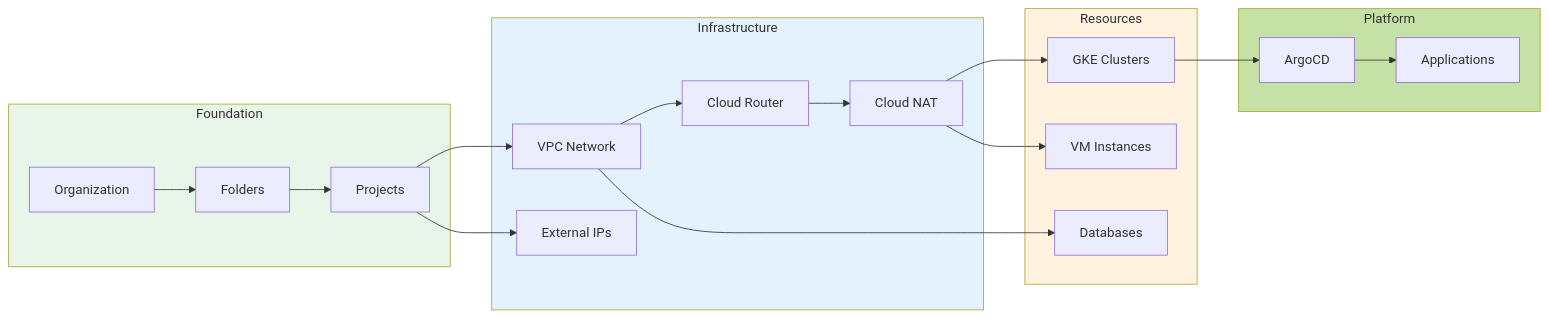
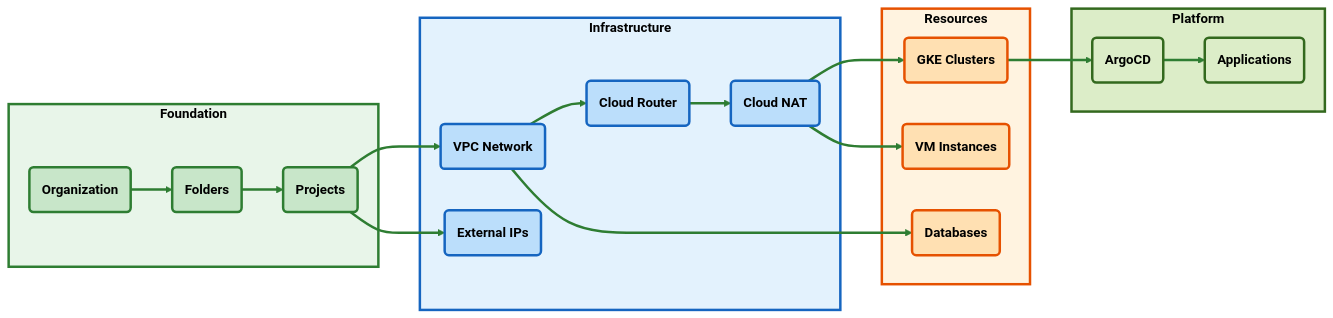
Before and after one commit to spolspol/terragrunt-gcp-org-automation: the fifth of 7 diagrams in docs/ARCHITECTURE_DIAGRAM.md, drawn with Mermaid. The commit also changed other lines of this file and 243 other files, not shown here.

````diff
--- a/docs/ARCHITECTURE_DIAGRAM.md
+++ b/docs/ARCHITECTURE_DIAGRAM.md
@@ -259,41 +450,53 @@
 ```mermaid
 graph LR
-    subgraph Foundation
-        ORG[Organization]
-        FOLDER[Folders]
-        PROJECT[Projects]
-        ORG --> FOLDER --> PROJECT
+    subgraph Foundation["<b>Foundation</b>"]
+        ORG("<b>Organization</b>")
+        FOLDER("<b>Folders</b>")
+        PROJECT("<b>Projects</b>")
+        ORG ==> FOLDER ==> PROJECT
     end
-    
-    subgraph Infrastructure
-        VPC_NET[VPC Network]
-        EXT_IP[External IPs]
-        ROUTER[Cloud Router]
-        NAT[Cloud NAT]
-        PROJECT --> VPC_NET
-        VPC_NET --> ROUTER
-        ROUTER --> NAT
-        PROJECT --> EXT_IP
+
+    subgraph Infrastructure["<b>Infrastructure</b>"]
+        VPC_NET("<b>VPC Network</b>")
+        EXT_IP("<b>External IPs</b>")
+        ROUTER("<b>Cloud Router</b>")
+        NAT("<b>Cloud NAT</b>")
+        PROJECT ==> VPC_NET
+        VPC_NET ==> ROUTER
+        ROUTER ==> NAT
+        PROJECT ==> EXT_IP
     end
-    
-    subgraph Resources
-        GKE_RES[GKE Clusters]
-        VM_RES[VM Instances]
-        DB_RES[Databases]
-        NAT --> GKE_RES
-        NAT --> VM_RES
-        VPC_NET --> DB_RES
+
+    subgraph Resources["<b>Resources</b>"]
+        GKE_RES("<b>GKE Clusters</b>")
+        VM_RES("<b>VM Instances</b>")
+        DB_RES("<b>Databases</b>")
+        NAT ==> GKE_RES
+        NAT ==> VM_RES
+        VPC_NET ==> DB_RES
     end
-    
-    subgraph Platform
-        ARGOCD[ArgoCD]
-        APPS[Applications]
-        GKE_RES --> ARGOCD
-        ARGOCD --> APPS
+
+    subgraph Platform["<b>Platform</b>"]
+        ARGOCD("<b>ArgoCD</b>")
+        APPS("<b>Applications</b>")
+        GKE_RES ==> ARGOCD
+        ARGOCD ==> APPS
     end
-    
-    style Foundation fill:#e8f5e9
-    style Infrastructure fill:#e3f2fd  
-    style Resources fill:#fff3e0
-    style Platform fill:#c5e1a5
+
+    classDef found fill:#c8e6c9,stroke:#2e7d32,stroke-width:3px,font-weight:bold,color:#000
+    classDef infra fill:#bbdefb,stroke:#1565c0,stroke-width:3px,font-weight:bold,color:#000
+    classDef res fill:#ffe0b2,stroke:#e65100,stroke-width:3px,font-weight:bold,color:#000
+    classDef plat fill:#dcedc8,stroke:#33691e,stroke-width:3px,font-weight:bold,color:#000
+
+    class ORG,FOLDER,PROJECT found
+    class VPC_NET,EXT_IP,ROUTER,NAT infra
+    class GKE_RES,VM_RES,DB_RES res
+    class ARGOCD,APPS plat
+
+    linkStyle default stroke:#2e7d32,stroke-width:3px
+
+    style Foundation fill:#e8f5e9,stroke:#2e7d32,stroke-width:3px,color:#000
+    style Infrastructure fill:#e3f2fd,stroke:#1565c0,stroke-width:3px,color:#000
+    style Resources fill:#fff3e0,stroke:#e65100,stroke-width:3px,color:#000
+    style Platform fill:#dcedc8,stroke:#33691e,stroke-width:3px,color:#000
 ```
````
